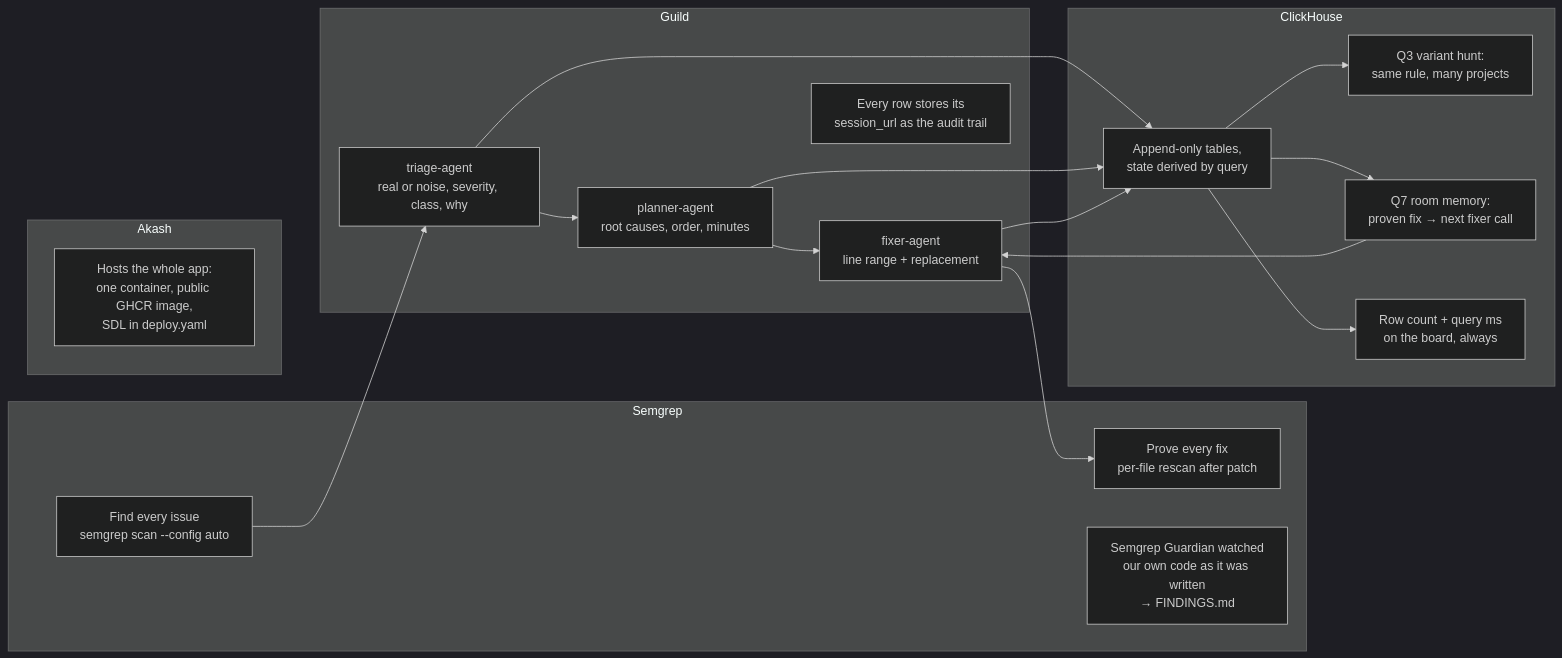
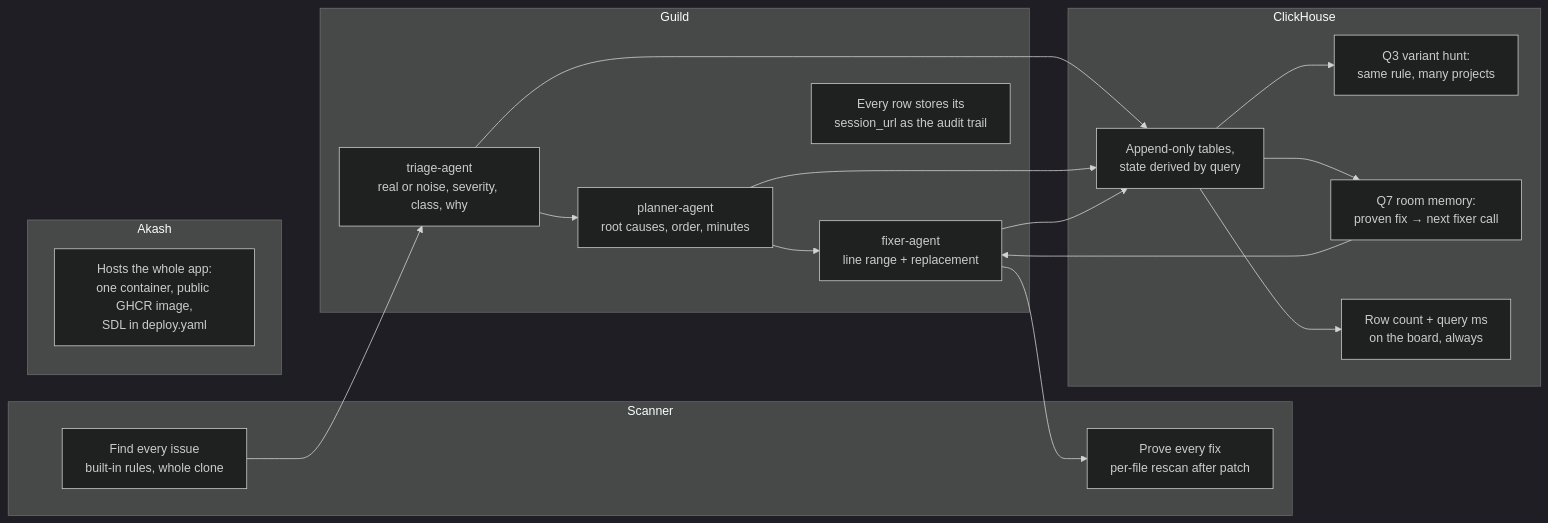
One commit to techadnank9/patchwork changed the fourth of 5 diagrams in README.md. Above: the diagram before and after it, drawn with Mermaid (dark theme). The commit also changed other lines of this file and 24 other files, not shown here.

First line of the commit message:
Remove Semgrep; replace it with a built-in pattern scanner

````diff
--- a/README.md
+++ b/README.md
@@ -124,27 +124,26 @@
 ```mermaid
 flowchart LR
-    subgraph Semgrep
-        s1["Find every issue<br/>semgrep scan --config auto"]
+    subgraph Scanner
+        s1["Find every issue<br/>built-in rules, whole clone"]
         s2["Prove every fix<br/>per-file rescan after patch"]
-        s3["Semgrep Guardian watched<br/>our own code as it was written<br/>→ FINDINGS.md"]
     end
     subgraph Guild
         g1["triage-agent<br/>real or noise, severity, class, why"]
         g2["planner-agent<br/>root causes, order, minutes"]
         g3["fixer-agent<br/>line range + replacement"]
         g4["Every row stores its<br/>session_url as the audit trail"]
     end
     subgraph ClickHouse
         c1["Append-only tables,<br/>state derived by query"]
         c2["Q3 variant hunt:<br/>same rule, many projects"]
         c3["Q7 room memory:<br/>proven fix → next fixer call"]
         c4["Row count + query ms<br/>on the board, always"]
     end
     subgraph Akash
         a1["Hosts the whole app:<br/>one container, public GHCR image,<br/>SDL in deploy.yaml"]
     end
     s1 --> g1 --> g2 --> g3 --> s2
     g1 & g2 & g3 --> c1
     c3 --> g3
     c1 --> c2 & c3 & c4
 ```
````
